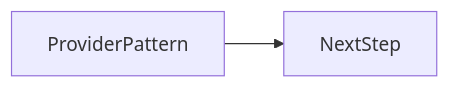
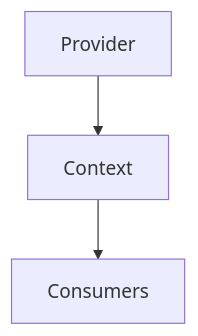
One commit to OmidJavaherii/Frontend-Engineering-Handbook changed the second of 3 diagrams in docs/en/22-design-patterns/provider-pattern/index.md. Above: the diagram before and after it, drawn with Mermaid. The commit also changed other lines of this file and 461 other files, not shown here.

````diff
--- a/docs/en/22-design-patterns/provider-pattern/index.md
+++ b/docs/en/22-design-patterns/provider-pattern/index.md
@@ -95,4 +113,5 @@
 ```mermaid
-flowchart LR
-  concept[ProviderPattern] --> nextStep[NextStep]
+flowchart TD
+  n0[Provider] --> n1[Context]
+  n1[Context] --> n2[Consumers]
 ```
````
